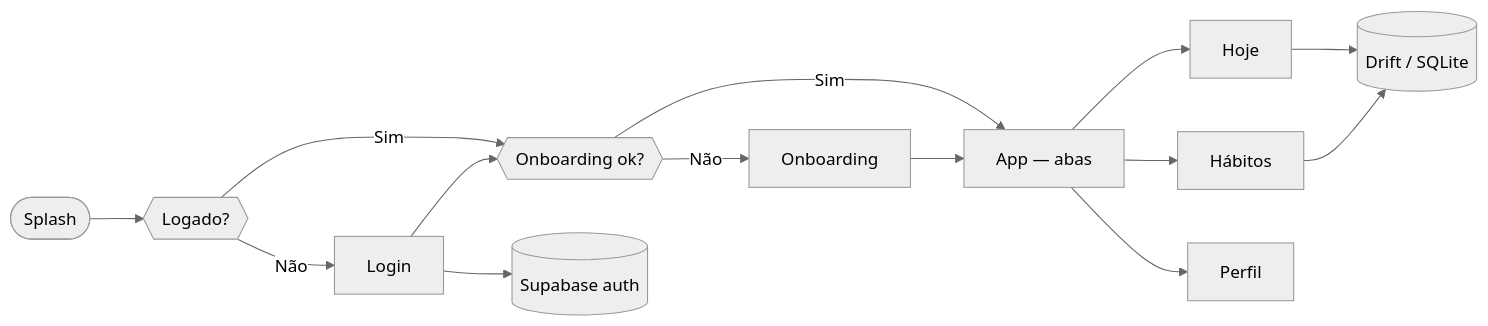
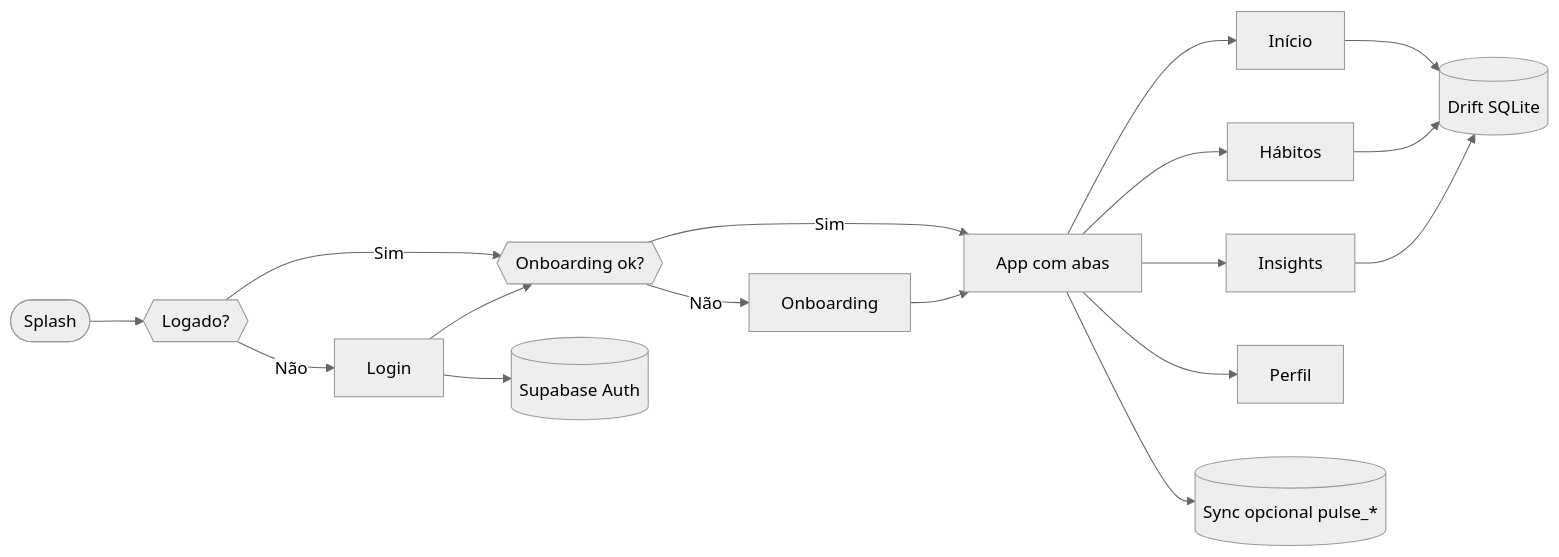
One commit to Rasochii/pulse changed the diagram in README.md. Above: the diagram before and after it, drawn with Mermaid (neutral theme). The commit also changed other lines of this file and 58 other files, not shown here.

````diff
--- a/README.md
+++ b/README.md
@@ -74,15 +85,17 @@
 ```mermaid
 flowchart LR
     A([Splash]) --> B{{Logado?}}
     B -->|Não| C[Login]
     B -->|Sim| D{{Onboarding ok?}}
     D -->|Não| E[Onboarding]
-    D -->|Sim| F[App — abas]
+    D -->|Sim| F[App com abas]
     C --> D
     E --> F
-    F --> G[Hoje]
+    F --> G[Início]
     F --> H[Hábitos]
-    F --> I[Perfil]
-    G & H --> J[(Drift / SQLite)]
-    C --> K[(Supabase auth)]
+    F --> I[Insights]
+    F --> J[Perfil]
+    G & H & I --> K[(Drift SQLite)]
+    C --> L[(Supabase Auth)]
+    F --> M[(Sync opcional pulse_*)]
 ```
````
